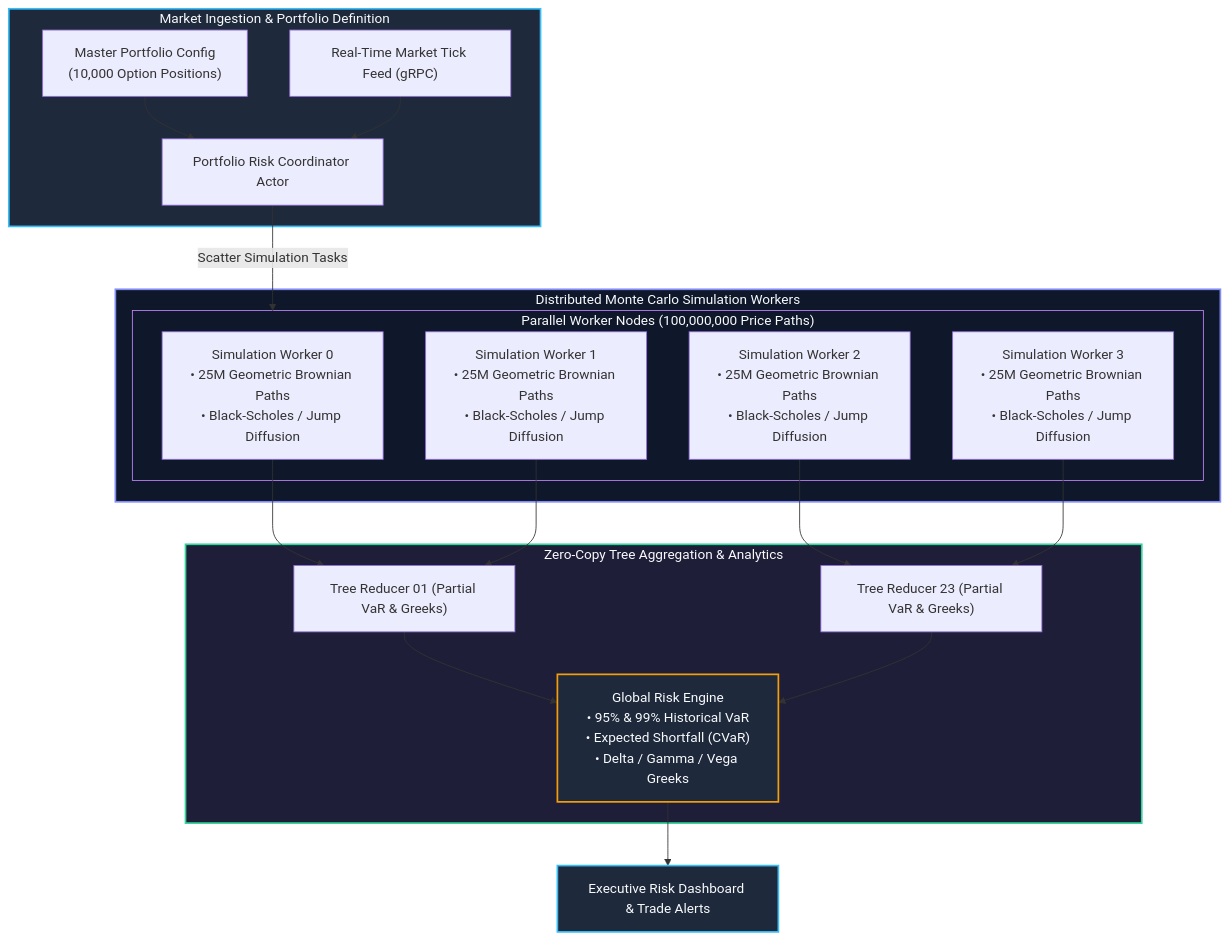
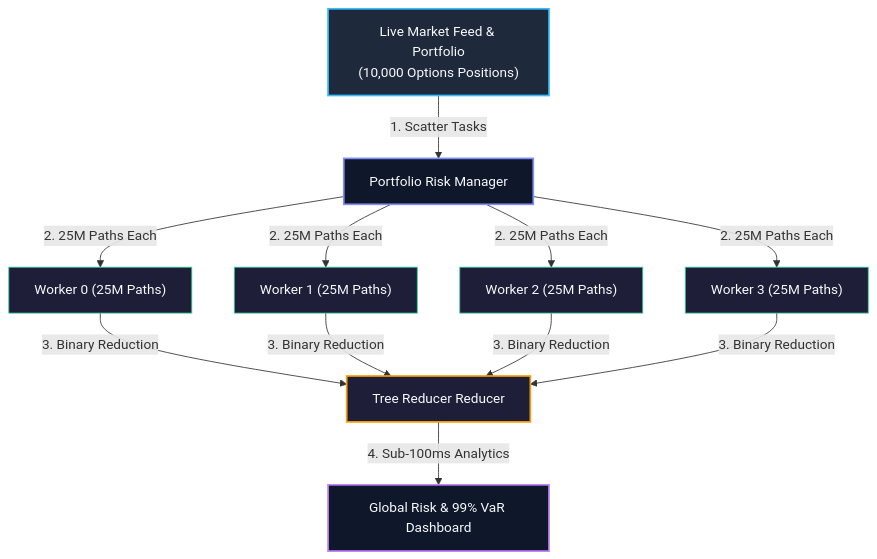
Before and after one commit to dnf0/raylings: the diagram in docs/guides/18-quant-finance.md, drawn with Mermaid. The commit also changed other lines of this file and 22 other files, not shown here.

Commit message:
docs: streamline mermaid diagrams and attach conceptual walkthroughs (#26)

````diff
--- a/docs/guides/18-quant-finance.md
+++ b/docs/guides/18-quant-finance.md
@@ -17,43 +17,22 @@
 ```mermaid
 flowchart TD
-    subgraph MarketDataLayer["Market Ingestion & Portfolio Definition"]
-        Portfolio["Master Portfolio Config<br/>(10,000 Option Positions)"]
-        LiveFeed["Real-Time Market Tick Feed (gRPC)"]
-        RiskMaster["Portfolio Risk Coordinator Actor"]
-        
-        Portfolio --> RiskMaster
-        LiveFeed --> RiskMaster
-    end
+    Market["Live Market Feed & Portfolio<br/>(10,000 Options Positions)"] -->|"1. Scatter Tasks"| Manager["Portfolio Risk Manager"]
+    Manager -->|"2. 25M Paths Each"| W0["Worker 0 (25M Paths)"]
+    Manager -->|"2. 25M Paths Each"| W1["Worker 1 (25M Paths)"]
+    Manager -->|"2. 25M Paths Each"| W2["Worker 2 (25M Paths)"]
+    Manager -->|"2. 25M Paths Each"| W3["Worker 3 (25M Paths)"]
+    W0 -->|"3. Binary Reduction"| Reducer["Tree Reducer Reducer"]
+    W1 -->|"3. Binary Reduction"| Reducer
+    W2 -->|"3. Binary Reduction"| Reducer
+    W3 -->|"3. Binary Reduction"| Reducer
+    Reducer -->|"4. Sub-100ms Analytics"| Output["Global Risk & 99% VaR Dashboard"]
 
-    subgraph SimulationCluster["Distributed Monte Carlo Simulation Workers"]
-        subgraph WorkerPool["Parallel Worker Nodes (100,000,000 Price Paths)"]
-            W0["Simulation Worker 0<br/>• 25M Geometric Brownian Paths<br/>• Black-Scholes / Jump Diffusion"]
-            W1["Simulation Worker 1<br/>• 25M Geometric Brownian Paths<br/>• Black-Scholes / Jump Diffusion"]
-            W2["Simulation Worker 2<br/>• 25M Geometric Brownian Paths<br/>• Black-Scholes / Jump Diffusion"]
-            W3["Simulation Worker 3<br/>• 25M Geometric Brownian Paths<br/>• Black-Scholes / Jump Diffusion"]
-        end
-        RiskMaster -->|"Scatter Simulation Tasks"| WorkerPool
-    end
-
-    subgraph ReductionTree["Zero-Copy Tree Aggregation & Analytics"]
-        R01["Tree Reducer 01 (Partial VaR & Greeks)"]
-        R23["Tree Reducer 23 (Partial VaR & Greeks)"]
-        MasterRed["Global Risk Engine<br/>• 95% & 99% Historical VaR<br/>• Expected Shortfall (CVaR)<br/>• Delta / Gamma / Vega Greeks"]
-
-        W0 --> R01
-        W1 --> R01
-        W2 --> R23
-        W3 --> R23
-        R01 --> MasterRed
-        R23 --> MasterRed
-    end
-
-    MasterRed --> RiskDashboard["Executive Risk Dashboard & Trade Alerts"]
-
-    style MarketDataLayer fill:#1e293b,stroke:#38bdf8,stroke-width:2px,color:#f8fafc
-    style SimulationCluster fill:#0f172a,stroke:#818cf8,stroke-width:2px,color:#f8fafc
-    style ReductionTree fill:#1e1e38,stroke:#34d399,stroke-width:2px,color:#f8fafc
-    style WorkerPool fill:#0f172a,stroke:#c084fc,stroke-width:1px,color:#f8fafc
-    style MasterRed fill:#1e293b,stroke:#f59e0b,stroke-width:2px,color:#f8fafc
-    style RiskDashboard fill:#1e293b,stroke:#38bdf8,stroke-width:2px,color:#f8fafc
+    style Market fill:#1e293b,stroke:#38bdf8,stroke-width:2px,color:#f8fafc
+    style Manager fill:#0f172a,stroke:#818cf8,stroke-width:2px,color:#f8fafc
+    style W0 fill:#1e1e38,stroke:#34d399,stroke-width:1px,color:#f8fafc
+    style W1 fill:#1e1e38,stroke:#34d399,stroke-width:1px,color:#f8fafc
+    style W2 fill:#1e1e38,stroke:#34d399,stroke-width:1px,color:#f8fafc
+    style W3 fill:#1e1e38,stroke:#34d399,stroke-width:1px,color:#f8fafc
+    style Reducer fill:#1e1e38,stroke:#f59e0b,stroke-width:2px,color:#f8fafc
+    style Output fill:#0f172a,stroke:#c084fc,stroke-width:2px,color:#f8fafc
 ```
````
